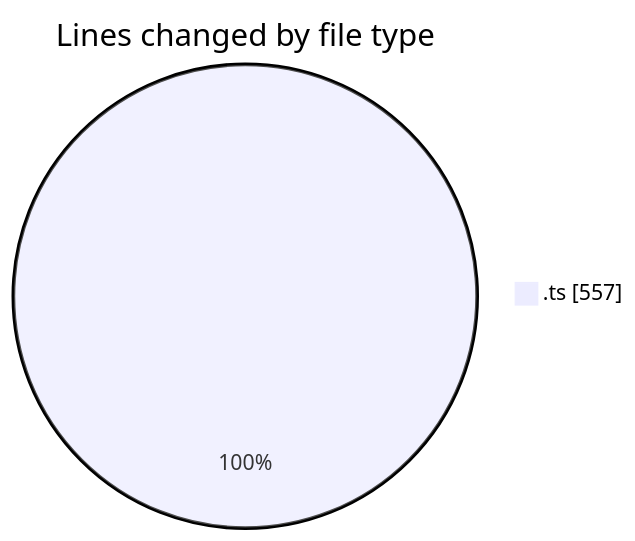
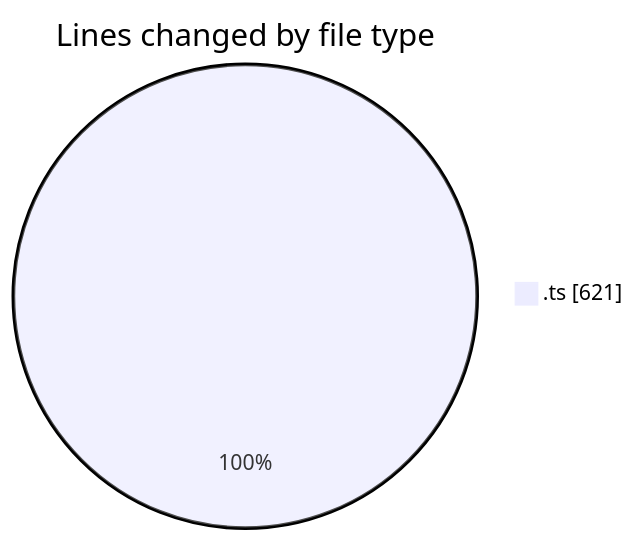
Before and after one commit to momahboobian/code-tracking: the first of 2 diagrams in 2025-08-01/cda/README.md, drawn with Mermaid. The commit also changed other lines of this file and 1 other file, not shown here.

````diff
--- a/2025-08-01/cda/README.md
+++ b/2025-08-01/cda/README.md
@@ -20,5 +20,5 @@
 ```mermaid
 pie showData
 title Lines changed by file type
-".ts" : 557
+".ts" : 621
 ```
````
